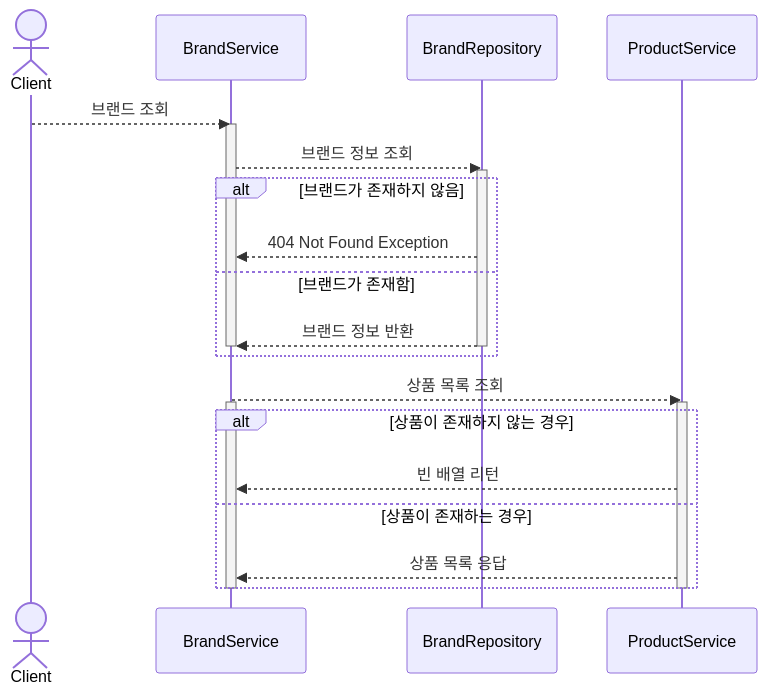
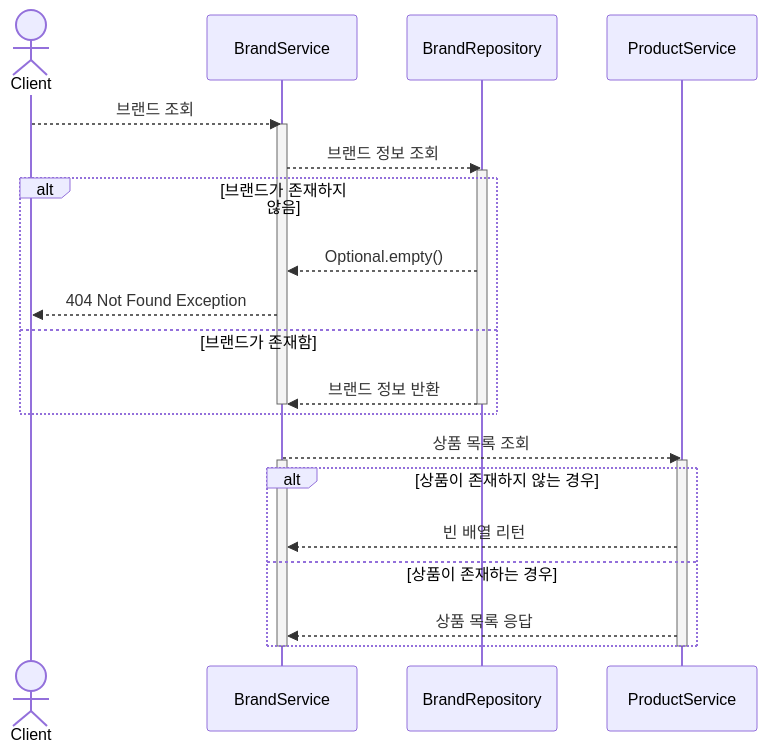
One commit to Roopers-Team-6/younghun changed the first of 3 diagrams in apps/commerce-api/docs/desigin/02-sequence-diagrams.md. Above: the diagram before and after it, drawn with Mermaid.

Commit message:
doc: 시퀀스 다이어그램 - 브랜드 조회시 - 레파지토리에서 404나오는 오류수정

````diff
--- a/apps/commerce-api/docs/desigin/02-sequence-diagrams.md
+++ b/apps/commerce-api/docs/desigin/02-sequence-diagrams.md
@@ -5,30 +5,31 @@
 ```mermaid
 sequenceDiagram
     actor U as Client
     participant BS as BrandService
     participant BP as BrandRepository
     participant PS as ProductService
     
     U -->> BS: 브랜드 조회
     activate BS
     BS -->> BP: 브랜드 정보 조회
     activate BP
     alt 브랜드가 존재하지 않음
-    BP -->> BS: 404 Not Found Exception
+    BP -->> BS: Optional.empty()
+    BS -->> U: 404 Not Found Exception
     else 브랜드가 존재함
     BP -->> BS: 브랜드 정보 반환
     deactivate BP
     deactivate BS
     end
     BS -->> PS: 상품 목록 조회
     activate BS
     activate PS
     alt 상품이 존재하지 않는 경우
         PS -->> BS: 빈 배열 리턴
     else 상품이 존재하는 경우
         PS -->> BS: 상품 목록 응답
     end
     deactivate BS
     deactivate PS
     
 ```
````
